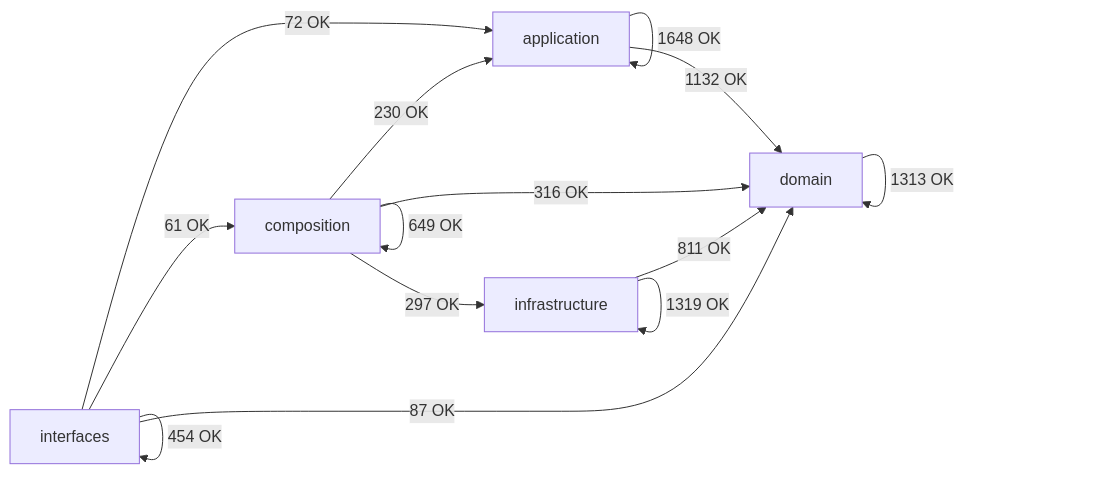
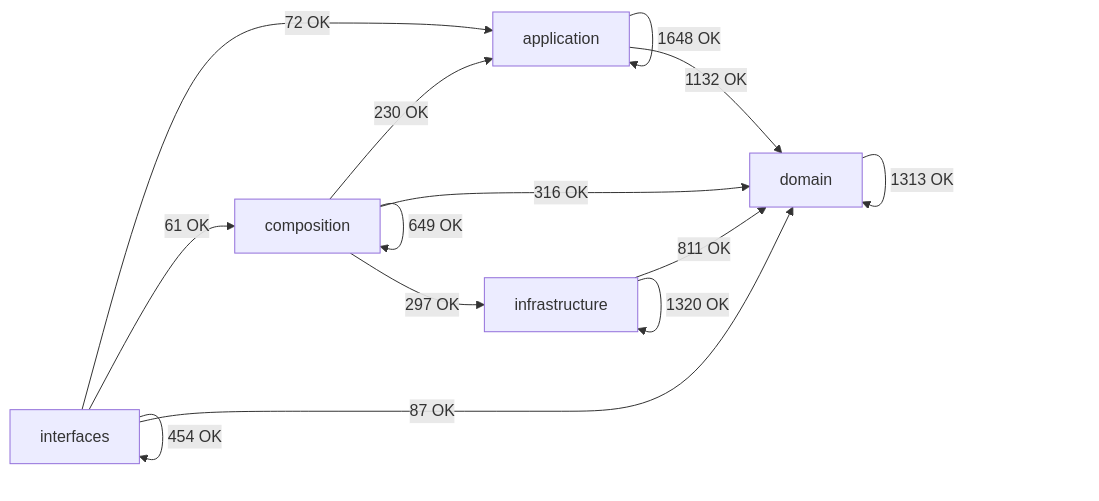
The diagram in docs/02-architecture/generated/module-dependency-map.md (SatoryKono/BioactivityDataAcquisition), drawn with Mermaid before and after one commit. The commit also changed other lines of this file and 17 other files, not shown here.

````diff
--- a/docs/02-architecture/generated/module-dependency-map.md
+++ b/docs/02-architecture/generated/module-dependency-map.md
@@ -17,21 +17,21 @@
 ```mermaid
 flowchart LR
     domain[domain]
     application[application]
     infrastructure[infrastructure]
     composition[composition]
     interfaces[interfaces]
     application -->|1648 OK| application
     application -->|1132 OK| domain
     composition -->|230 OK| application
     composition -->|649 OK| composition
     composition -->|316 OK| domain
     composition -->|297 OK| infrastructure
     domain -->|1313 OK| domain
     infrastructure -->|811 OK| domain
-    infrastructure -->|1319 OK| infrastructure
+    infrastructure -->|1320 OK| infrastructure
     interfaces -->|72 OK| application
     interfaces -->|61 OK| composition
     interfaces -->|87 OK| domain
     interfaces -->|454 OK| interfaces
 ```
````
